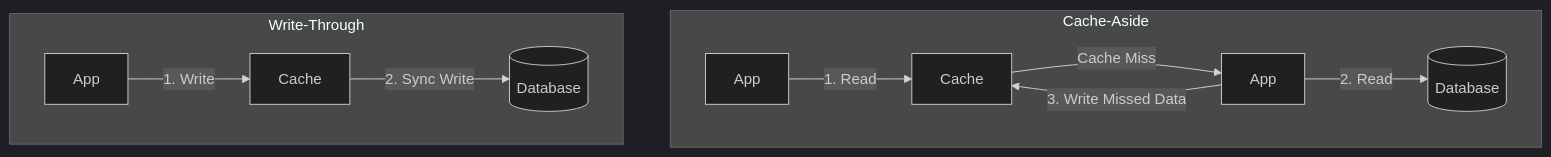
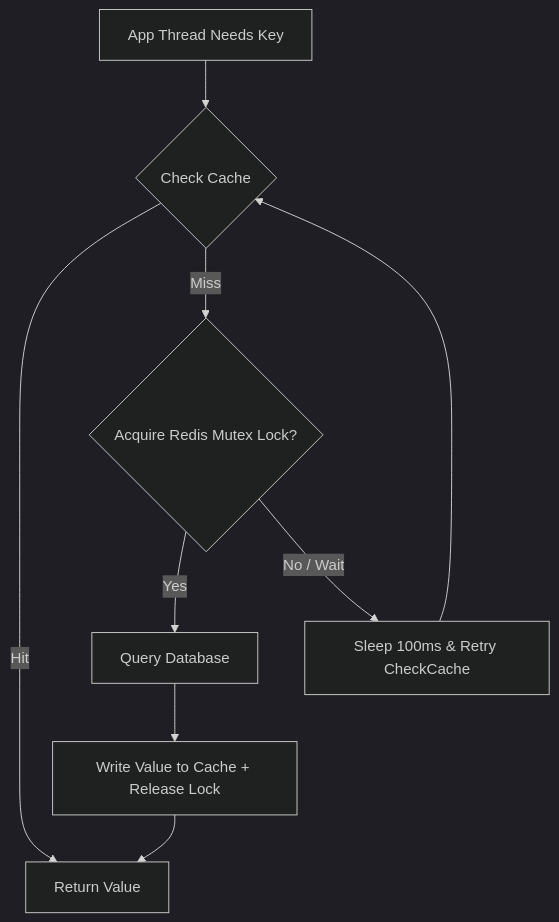
One commit to gp330841/interview changed the second of 2 diagrams in high-level-design/concepts/03-caching-strategies.md. Above: the diagram before and after it, drawn with Mermaid (dark theme). The commit also changed other lines of this file and 66 other files, not shown here.

````diff
--- a/high-level-design/concepts/03-caching-strategies.md
+++ b/high-level-design/concepts/03-caching-strategies.md
@@ -9,13 +141,12 @@
 ```mermaid
 flowchart TD
-    subgraph Cache-Aside
-        CA1[App] -->|1. Read| CA_Cache[Cache]
-        CA_Cache -->|Cache Miss| CA2[App]
-        CA2 -->|2. Read| CA_DB[(Database)]
-        CA2 -->|3. Write Missed Data| CA_Cache
-    end
-    subgraph Write-Through
-        WT_App[App] -->|1. Write| WT_Cache[Cache]
-        WT_Cache -->|2. Sync Write| WT_DB[(Database)]
-    end
+    Start[App Thread Needs Key] --> CheckCache{Check Cache}
+    CheckCache -->|Hit| Return[Return Value]
+    CheckCache -->|Miss| AcquireLock{Acquire Redis Mutex Lock?}
+    AcquireLock -->|Yes| QueryDB[Query Database]
+    AcquireLock -->|No / Wait| Sleep[Sleep 100ms & Retry CheckCache]
+    
+    QueryDB --> PopulateCache[Write Value to Cache + Release Lock]
+    PopulateCache --> Return
+    Sleep --> CheckCache
 ```
````
